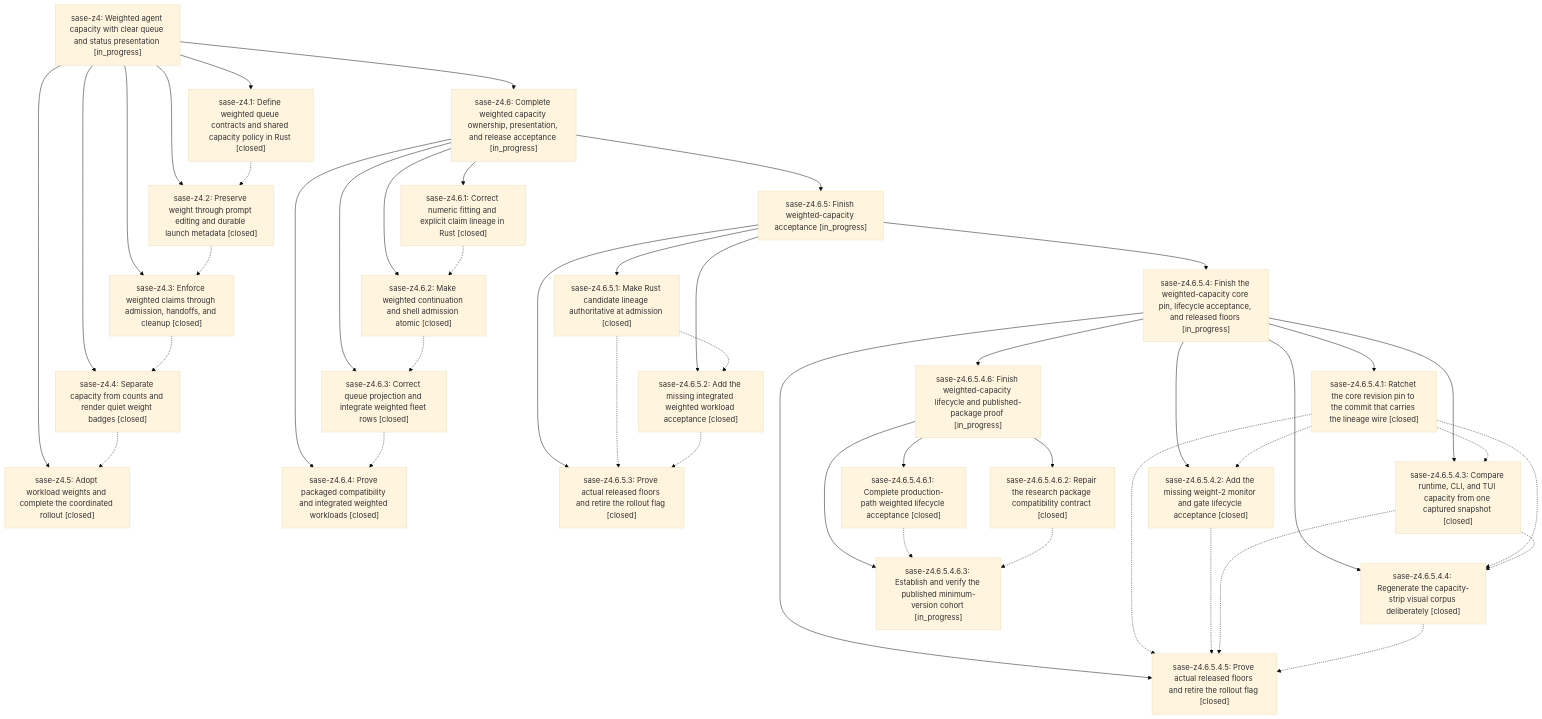
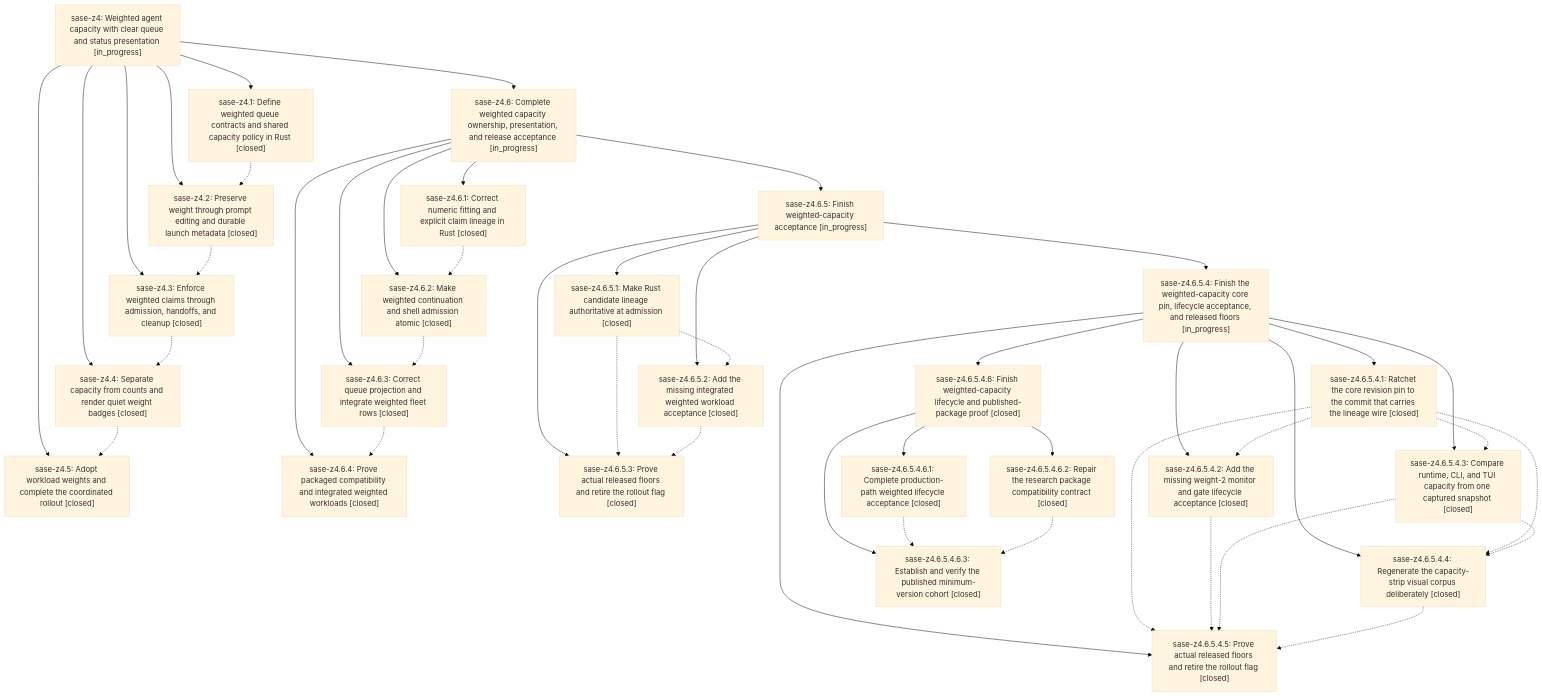
One commit to sase-org/sase--beads changed the diagram in pages/sase-z4/README.md. Above: the diagram before and after it, drawn with Mermaid (base theme). The commit also changed other lines of this file and 5 other files, not shown here.

````diff
--- a/pages/sase-z4/README.md
+++ b/pages/sase-z4/README.md
@@ -51,72 +51,72 @@
 ```mermaid
 flowchart TD
     n0["sase-z4: Weighted agent capacity with clear queue and status presentation [in_progress]"]
     n1["sase-z4.1: Define weighted queue contracts and shared capacity policy in Rust [closed]"]
     n2["sase-z4.2: Preserve weight through prompt editing and durable launch metadata [closed]"]
     n3["sase-z4.3: Enforce weighted claims through admission, handoffs, and cleanup [closed]"]
     n4["sase-z4.4: Separate capacity from counts and render quiet weight badges [closed]"]
     n5["sase-z4.5: Adopt workload weights and complete the coordinated rollout [closed]"]
     n6["sase-z4.6: Complete weighted capacity ownership, presentation, and release acceptance [in_progress]"]
     n7["sase-z4.6.1: Correct numeric fitting and explicit claim lineage in Rust [closed]"]
     n8["sase-z4.6.2: Make weighted continuation and shell admission atomic [closed]"]
     n9["sase-z4.6.3: Correct queue projection and integrate weighted fleet rows [closed]"]
     n10["sase-z4.6.4: Prove packaged compatibility and integrated weighted workloads [closed]"]
     n11["sase-z4.6.5: Finish weighted-capacity acceptance [in_progress]"]
     n12["sase-z4.6.5.1: Make Rust candidate lineage authoritative at admission [closed]"]
     n13["sase-z4.6.5.2: Add the missing integrated weighted workload acceptance [closed]"]
     n14["sase-z4.6.5.3: Prove actual released floors and retire the rollout flag [closed]"]
     n15["sase-z4.6.5.4: Finish the weighted-capacity core pin, lifecycle acceptance, and released floors [in_progress]"]
     n16["sase-z4.6.5.4.1: Ratchet the core revision pin to the commit that carries the lineage wire [closed]"]
     n17["sase-z4.6.5.4.2: Add the missing weight-2 monitor and gate lifecycle acceptance [closed]"]
     n18["sase-z4.6.5.4.3: Compare runtime, CLI, and TUI capacity from one captured snapshot [closed]"]
     n19["sase-z4.6.5.4.4: Regenerate the capacity-strip visual corpus deliberately [closed]"]
     n20["sase-z4.6.5.4.5: Prove actual released floors and retire the rollout flag [closed]"]
-    n21["sase-z4.6.5.4.6: Finish weighted-capacity lifecycle and published-package proof [in_progress]"]
+    n21["sase-z4.6.5.4.6: Finish weighted-capacity lifecycle and published-package proof [closed]"]
     n22["sase-z4.6.5.4.6.1: Complete production-path weighted lifecycle acceptance [closed]"]
     n23["sase-z4.6.5.4.6.2: Repair the research package compatibility contract [closed]"]
-    n24["sase-z4.6.5.4.6.3: Establish and verify the published minimum-version cohort [in_progress]"]
+    n24["sase-z4.6.5.4.6.3: Establish and verify the published minimum-version cohort [closed]"]
     n0 --> n1
     n0 --> n2
     n0 --> n3
     n0 --> n4
     n0 --> n5
     n0 --> n6
     n6 --> n7
     n6 --> n8
     n6 --> n9
     n6 --> n10
     n6 --> n11
     n11 --> n12
     n11 --> n13
     n11 --> n14
     n11 --> n15
     n15 --> n16
     n15 --> n17
     n15 --> n18
     n15 --> n19
     n15 --> n20
     n15 --> n21
     n21 --> n22
     n21 --> n23
     n21 --> n24
     n1 -.-> n2
     n2 -.-> n3
     n3 -.-> n4
     n4 -.-> n5
     n7 -.-> n8
     n8 -.-> n9
     n9 -.-> n10
     n12 -.-> n13
     n12 -.-> n14
     n13 -.-> n14
     n16 -.-> n17
     n16 -.-> n18
     n16 -.-> n19
     n16 -.-> n20
     n17 -.-> n20
     n18 -.-> n19
     n18 -.-> n20
     n19 -.-> n20
     n22 -.-> n24
     n23 -.-> n24
 ```
````
